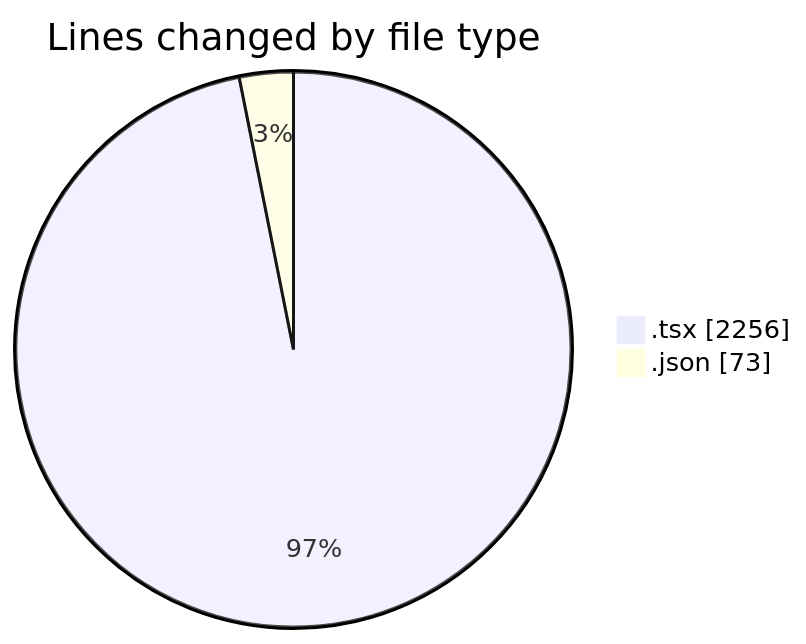
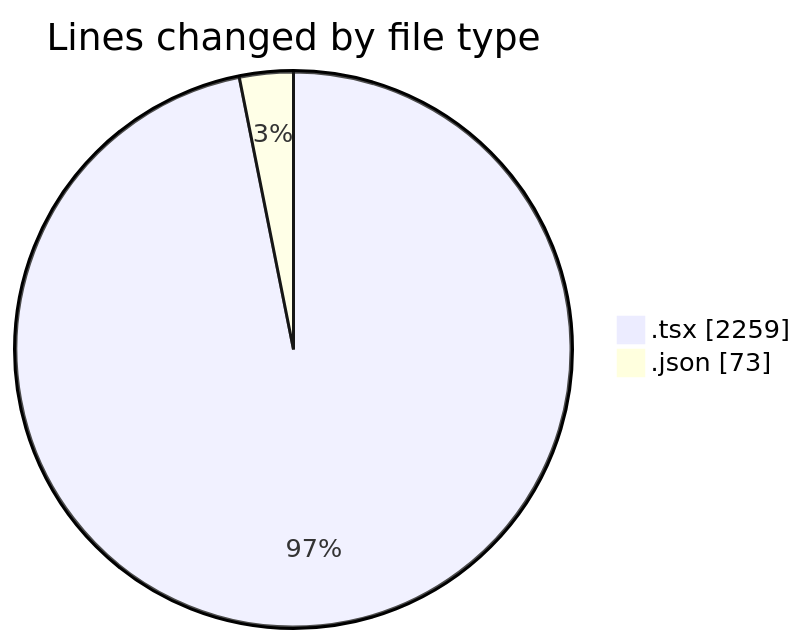
One commit to momahboobian/code-tracking changed the first of 2 diagrams in 2025-10-02/cda/README.md. Above: the diagram before and after it, drawn with Mermaid. The commit also changed other lines of this file and 1 other file, not shown here.

````diff
--- a/2025-10-02/cda/README.md
+++ b/2025-10-02/cda/README.md
@@ -23,6 +23,6 @@
 ```mermaid
 pie showData
 title Lines changed by file type
-".tsx" : 2256
+".tsx" : 2259
 ".json" : 73
 ```
````
